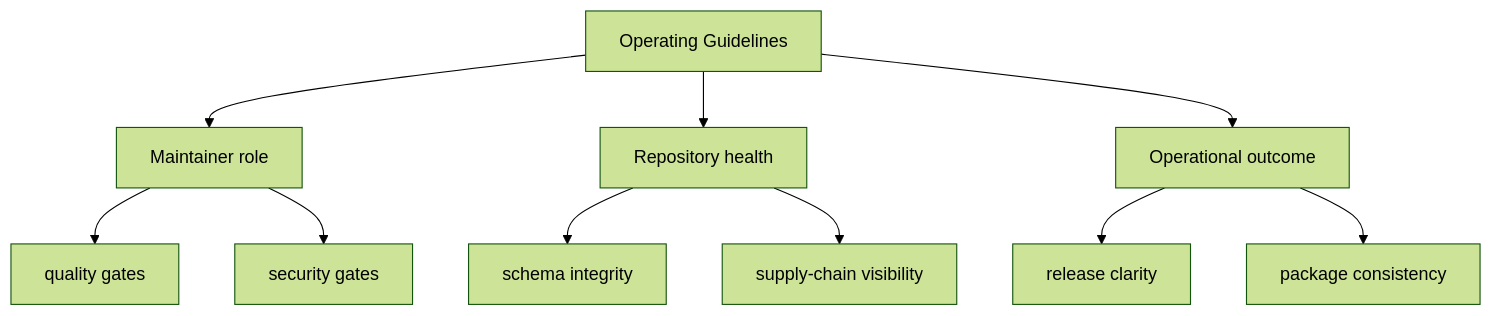
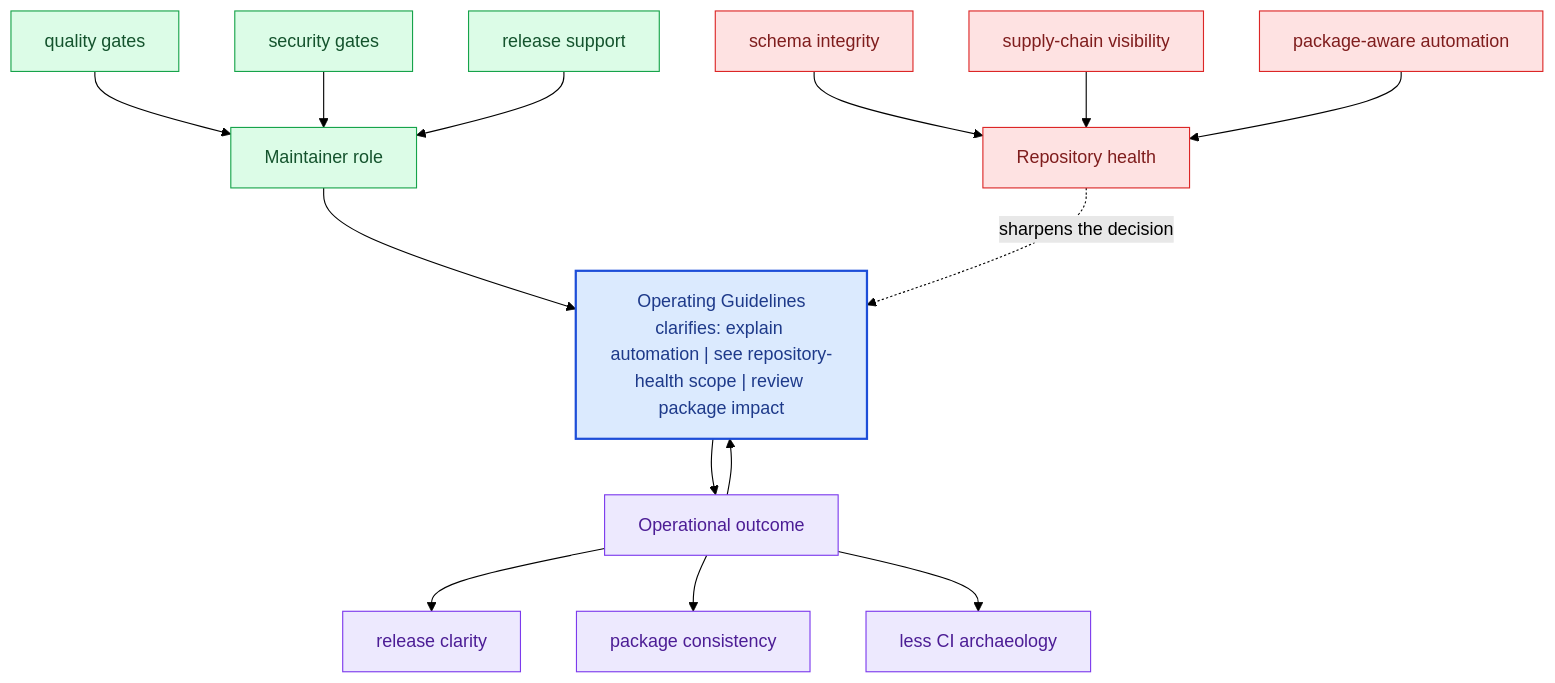
One commit to bijux/bijux-canon changed the second of 2 diagrams in docs/bijux-canon-dev/operating-guidelines.md. Above: the diagram before and after it, drawn with Mermaid (forest theme). The commit also changed other lines of this file and 281 other files, not shown here.

Commit message:
docs(diagrams): deepen handbook mermaid maps across the catalog

````diff
--- a/docs/bijux-canon-dev/operating-guidelines.md
+++ b/docs/bijux-canon-dev/operating-guidelines.md
@@ -35,22 +68,40 @@
 ```mermaid
-flowchart TD
-    page["Operating Guidelines"]
+flowchart TB
+    promise["Operating Guidelines<br/>clarifies: explain automation | see repository-health scope | review package impact"]
+    classDef promise fill:#dbeafe,stroke:#1d4ed8,color:#1e3a8a,stroke-width:2px;
+    classDef driver fill:#dcfce7,stroke:#16a34a,color:#14532d;
+    classDef constraint fill:#fee2e2,stroke:#dc2626,color:#7f1d1d;
+    classDef ground fill:#ede9fe,stroke:#7c3aed,color:#4c1d95;
     focus1["Maintainer role"]
-    page --> focus1
+    focus1 --> promise
     focus1_1["quality gates"]
-    focus1 --> focus1_1
+    focus1_1 --> focus1
     focus1_2["security gates"]
-    focus1 --> focus1_2
+    focus1_2 --> focus1
+    focus1_3["release support"]
+    focus1_3 --> focus1
+    class focus1 driver;
+    class focus1_1,focus1_2,focus1_3 driver;
     focus2["Repository health"]
-    page --> focus2
+    focus2 -.sharpens the decision.-> promise
     focus2_1["schema integrity"]
-    focus2 --> focus2_1
+    focus2_1 --> focus2
     focus2_2["supply-chain visibility"]
-    focus2 --> focus2_2
+    focus2_2 --> focus2
+    focus2_3["package-aware automation"]
+    focus2_3 --> focus2
+    class focus2 constraint;
+    class focus2_1,focus2_2,focus2_3 constraint;
     focus3["Operational outcome"]
-    page --> focus3
+    focus3 --> promise
+    promise --> focus3
     focus3_1["release clarity"]
     focus3 --> focus3_1
     focus3_2["package consistency"]
     focus3 --> focus3_2
+    focus3_3["less CI archaeology"]
+    focus3 --> focus3_3
+    class focus3 ground;
+    class focus3_1,focus3_2,focus3_3 ground;
+    class promise promise;
 ```
````
